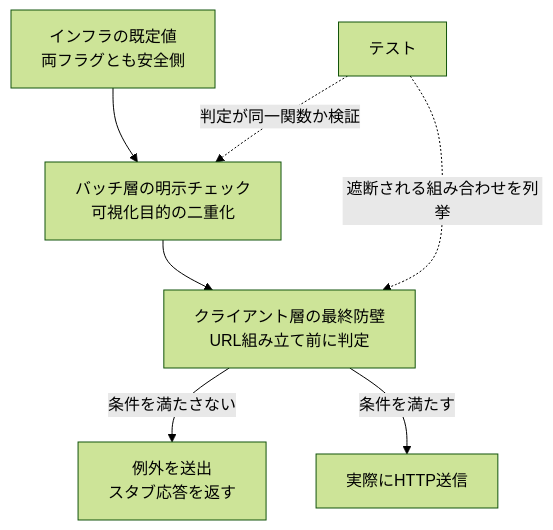
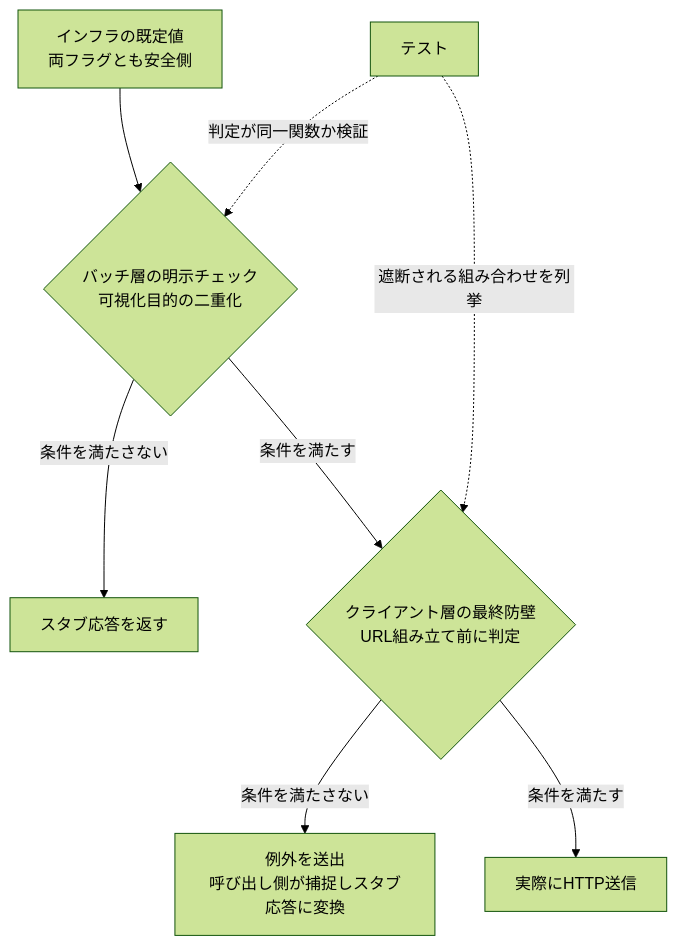
Before and after one commit to ozapon-IT/my-zenn: the diagram in articles/gmo-fx-order-containment.md, drawn with Mermaid (forest theme). The commit also changed other lines of this file and 2 other files, not shown here.

Commit message:
articles: レビュー反映 — 相互リンクの双方向化と図・コード例の修正
- 公開済みの非常停止・レートリミット記事から封じ込め記事への逆リンクを
  追加し、相互リンクを双方向にした(幹への導線)
- Mermaid図の失敗分岐が層を混同していた問題を修正。バッチ層(スタブ応答)と
  クライアント層(例外送出→呼び出し側でスタブ変換)を別ノードに分離
- コード例のフェーズ名を日本語から一般的な識別子(mock/live/validation)へ
- topicsをシリーズ他記事に揃える(gmocoin/fx/python/aws)

````diff
--- a/articles/gmo-fx-order-containment.md
+++ b/articles/gmo-fx-order-containment.md
@@ -33,9 +33,10 @@
 ```mermaid
 graph TD
-    A["インフラの既定値<br/>両フラグとも安全側"] --> B["バッチ層の明示チェック<br/>可視化目的の二重化"]
-    B --> C["クライアント層の最終防壁<br/>URL組み立て前に判定"]
-    C -->|"条件を満たさない"| D["例外を送出<br/>スタブ応答を返す"]
+    A["インフラの既定値<br/>両フラグとも安全側"] --> B{"バッチ層の明示チェック<br/>可視化目的の二重化"}
+    B -->|"条件を満たさない"| S1["スタブ応答を返す"]
+    B -->|"条件を満たす"| C{"クライアント層の最終防壁<br/>URL組み立て前に判定"}
+    C -->|"条件を満たさない"| S2["例外を送出<br/>呼び出し側が捕捉しスタブ応答に変換"]
     C -->|"条件を満たす"| E["実際にHTTP送信"]
-    F["テスト"] -.->|"遮断される組み合わせを列挙"| C
-    F -.->|"判定が同一関数か検証"| B
+    T["テスト"] -.->|"判定が同一関数か検証"| B
+    T -.->|"遮断される組み合わせを列挙"| C
 ```
````
